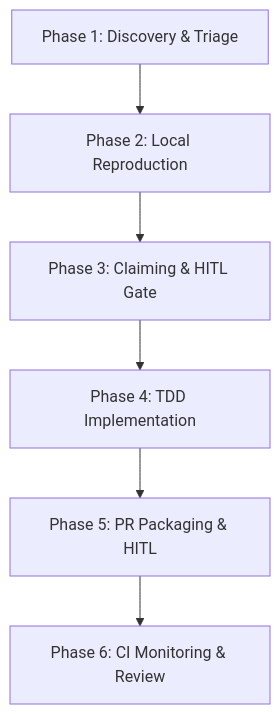
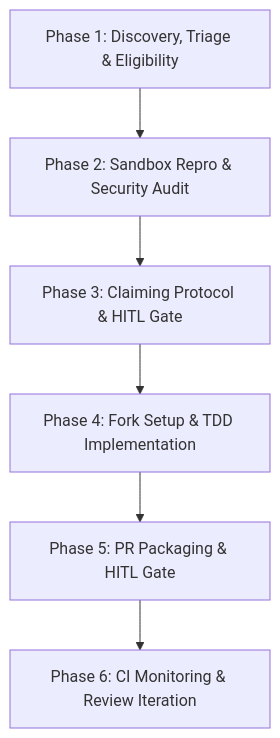
One commit to ntd237/draft_toolkits_20042026 changed the diagram in .agents/skills/github-bounty-hunter/SKILL.md. Above: the diagram before and after it, drawn with Mermaid. The commit also changed other lines of this file and 5 other files, not shown here.

Commit message:
feat(bounty-hunter): add security, eligibility, and fork policies

````diff
--- a/.agents/skills/github-bounty-hunter/SKILL.md
+++ b/.agents/skills/github-bounty-hunter/SKILL.md
@@ -19,8 +19,8 @@
 ```mermaid
 flowchart TD
-    P1["Phase 1: Discovery & Triage"] --> P2["Phase 2: Local Reproduction"]
-    P2 --> P3["Phase 3: Claiming & HITL Gate"]
-    P3 --> P4["Phase 4: TDD Implementation"]
-    P4 --> P5["Phase 5: PR Packaging & HITL"]
-    P5 --> P6["Phase 6: CI Monitoring & Review"]
+    P1["Phase 1: Discovery, Triage & Eligibility"] --> P2["Phase 2: Sandbox Repro & Security Audit"]
+    P2 --> P3["Phase 3: Claiming Protocol & HITL Gate"]
+    P3 --> P4["Phase 4: Fork Setup & TDD Implementation"]
+    P4 --> P5["Phase 5: PR Packaging & HITL Gate"]
+    P5 --> P6["Phase 6: CI Monitoring & Review Iteration"]
 ```
````
